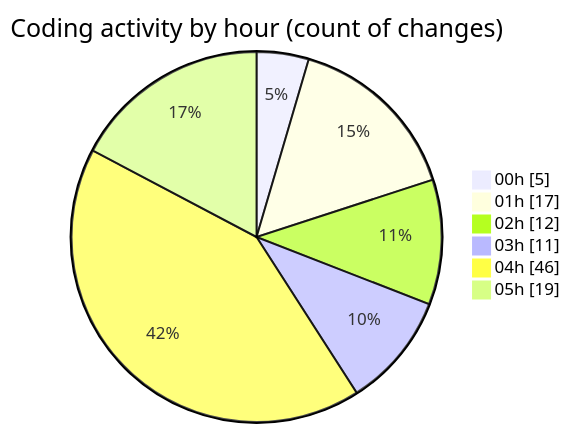
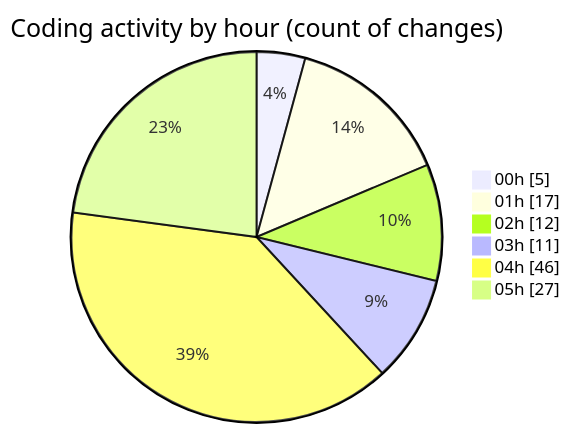
Before and after one commit to EIIisD/code-tracking: the second of 2 diagrams in 2025-08-04/tw-server/README.md, drawn with Mermaid. The commit also changed other lines of this file and 1 other file, not shown here.

````diff
--- a/2025-08-04/tw-server/README.md
+++ b/2025-08-04/tw-server/README.md
@@ -38,10 +38,10 @@
 ```mermaid
 pie showData
 title Coding activity by hour (count of changes)
 "00h" : 5
 "01h" : 17
 "02h" : 12
 "03h" : 11
 "04h" : 46
-"05h" : 19
+"05h" : 27
 ```
````
